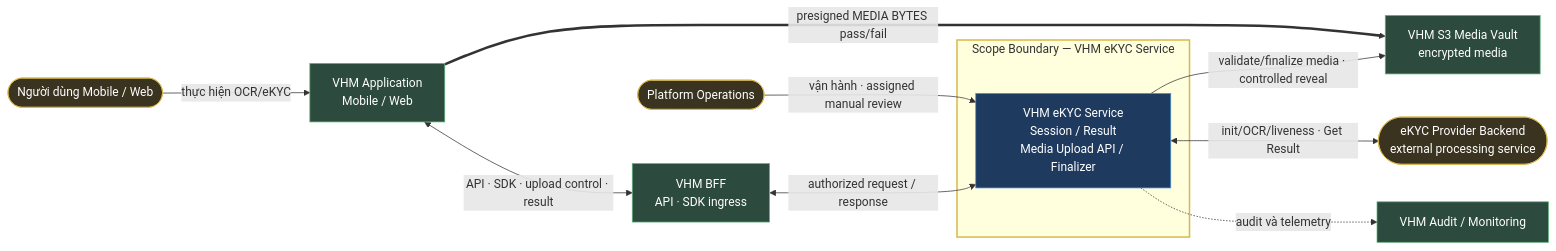
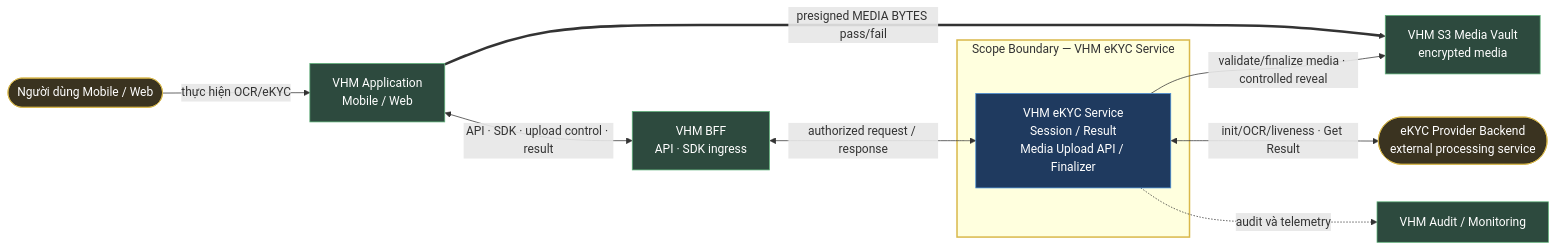
Before and after one commit to huynv-xyz/vhm: the first of 19 diagrams in tdd2.md, drawn with Mermaid. The commit also changed other lines of this file, not shown here.

````diff
--- a/tdd2.md
+++ b/tdd2.md
@@ -360,28 +360,26 @@
 ```mermaid
 flowchart LR
     USER(["Người dùng Mobile / Web"]):::entity
-    OPS(["Platform Operations"]):::entity
     APP["VHM Application<br/>Mobile / Web"]:::owned
     BFF["VHM BFF<br/>API · SDK ingress"]:::owned
     OBS["VHM Audit / Monitoring"]:::owned
     VAULT["VHM S3 Media Vault<br/>encrypted media"]:::owned
     PROVIDER(["eKYC Provider Backend<br/>external processing service"]):::entity
 
     subgraph SCOPE["Scope Boundary — VHM eKYC Service"]
         CORE["VHM eKYC Service<br/>Session / Result<br/>Media Upload API / Finalizer"]:::bc
     end
 
     USER -->|thực hiện OCR/eKYC| APP
-    OPS -->|vận hành · assigned manual review| CORE
     APP <-->|API · SDK · upload control · result| BFF
     BFF <-->|authorized request / response| CORE
     APP ==>|presigned MEDIA BYTES pass/fail| VAULT
     CORE -->|validate/finalize media · controlled reveal| VAULT
     CORE <-->|init/OCR/liveness · Get Result| PROVIDER
     CORE -.->|audit và telemetry| OBS
 
     style SCOPE stroke:#d9b84a,stroke-width:2px
     classDef bc fill:#1f3a5f,stroke:#4a90d9,color:#fff;
     classDef owned fill:#2d4a3e,stroke:#5fb37a,color:#fff;
     classDef entity fill:#3a3320,stroke:#d9b84a,color:#fff;
 ```
````
